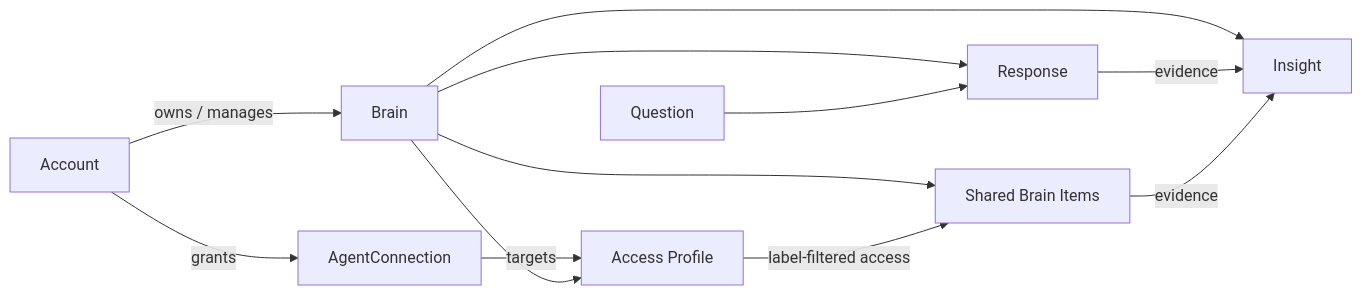
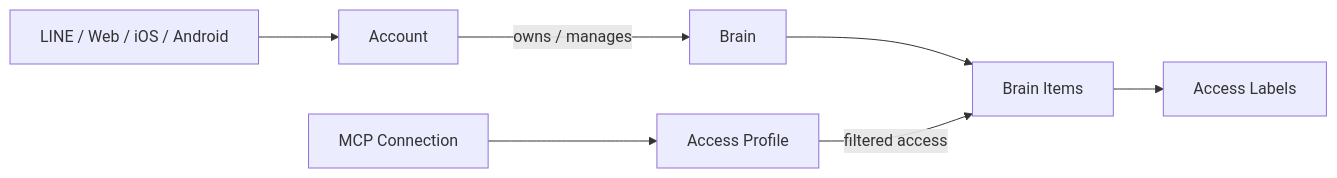
The diagram in docs/domain-design.md (kkyosuke/me-builder), drawn with Mermaid before and after one commit. The commit also changed other lines of this file and 2 other files, not shown here.

````diff
--- a/docs/domain-design.md
+++ b/docs/domain-design.md
@@ -380,14 +18,9 @@
 ```mermaid
 flowchart LR
-    A[Account] -->|owns / manages| B[Brain]
-    A -->|grants| C[AgentConnection]
-    C -->|targets| AP[Access Profile]
-    B --> AP
-    B --> M[Shared Brain Items]
-    AP -->|label-filtered access| M
-    B --> R[Response]
-    B --> I[Insight]
-    Q[Question] --> R
-    R -->|evidence| I
-    M -->|evidence| I
+    UI[LINE / Web / iOS / Android] --> A[Account]
+    A -->|owns / manages| B[Brain]
+    B --> I[Brain Items]
+    I --> L[Access Labels]
+    MCP[MCP Connection] --> P[Access Profile]
+    P -->|filtered access| I
 ```
````
